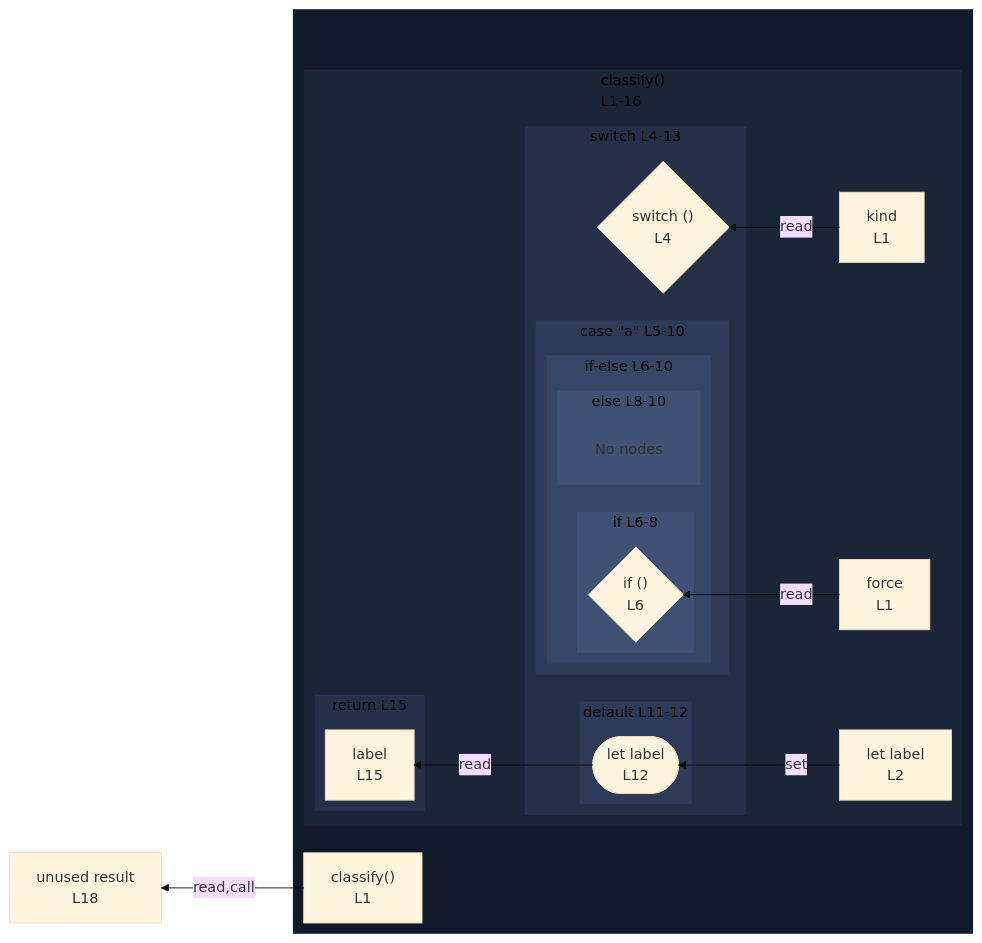
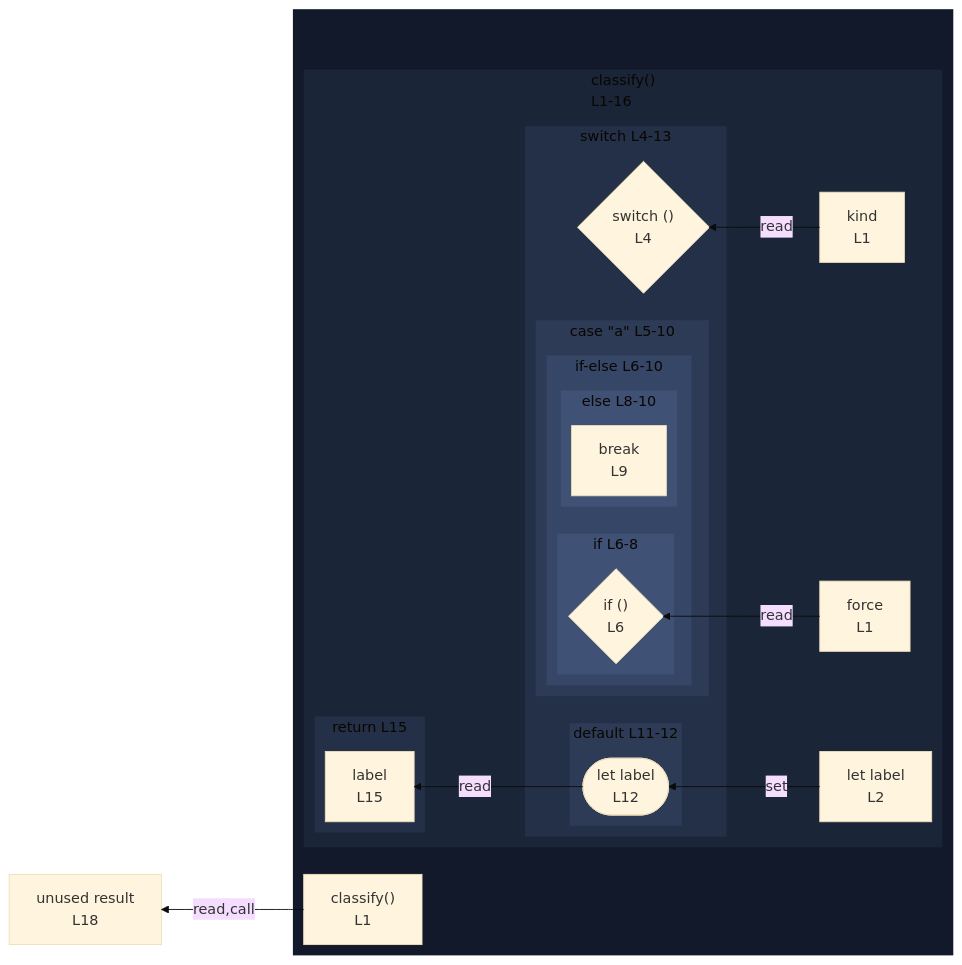
Before and after one commit to crescware/unsnarl: the diagram in integration/fixtures/switch-statement/case-mixed-if-branches/preview.md, drawn with Mermaid (base theme). The commit also changed 352 other files, not shown here.

````diff
--- a/integration/fixtures/switch-statement/case-mixed-if-branches/preview.md
+++ b/integration/fixtures/switch-statement/case-mixed-if-branches/preview.md
@@ -28,63 +28,61 @@
 ```mermaid
 %%{init: {"flowchart": {"defaultRenderer": "elk"}}}%%
 flowchart RL
   n_scope_0_result_255["unused result<br/>L18"]
   subgraph wrap_s_scope_1[" "]
     direction TB
     n_scope_0_classify_9["classify()<br/>L1"]
     subgraph s_scope_1["classify()<br/>L1-16"]
       direction RL
       n_scope_1_kind_18["kind<br/>L1"]
       n_scope_1_force_32["force<br/>L1"]
       n_scope_1_label_56["let label<br/>L2"]
       subgraph s_scope_2["switch L4-13"]
         direction RL
         switch_discriminant_scope_1_71{"switch ()<br/>L4"}
         subgraph s_scope_3["case &quot;a&quot; L5-10"]
           direction RL
           subgraph cont_if_scope_3_107["if-else L6-10"]
             direction RL
             subgraph s_scope_4["if L6-8"]
               direction RL
               if_test_scope_3_107{"if ()<br/>L6"}
             end
             subgraph s_scope_5["else L8-10"]
               direction RL
-              elk_empty_s_scope_5["No nodes"]
+              bc_break_174["break<br/>L9"]
             end
           end
         end
         subgraph s_scope_6["default L11-12"]
           direction RL
           wr_ref_3(["let label<br/>L12"])
         end
       end
       subgraph s_return_scope_0_classify_9_232_245["return L15"]
         direction RL
         ret_use_ref_4["label<br/>L15"]
       end
     end
   end
   n_scope_1_label_56 -->|set| wr_ref_3
   n_scope_1_kind_18 -->|read| switch_discriminant_scope_1_71
   n_scope_1_force_32 -->|read| if_test_scope_3_107
   wr_ref_3 -->|read| ret_use_ref_4
   n_scope_0_classify_9 -->|read,call| n_scope_0_result_255
   classDef nestL1 fill:#11192a,stroke:transparent;
   class wrap_s_scope_1 nestL1;
   classDef nestL2 fill:#1a2538,stroke:transparent;
   class s_scope_1 nestL2;
   classDef nestL3 fill:#243047,stroke:transparent;
   class s_scope_2 nestL3;
   class s_return_scope_0_classify_9_232_245 nestL3;
   classDef nestL4 fill:#2d3b57,stroke:transparent;
   class s_scope_3 nestL4;
   class s_scope_6 nestL4;
   classDef nestL5 fill:#364666,stroke:transparent;
   class cont_if_scope_3_107 nestL5;
   classDef nestL6 fill:#3f5175,stroke:transparent;
   class s_scope_4 nestL6;
   class s_scope_5 nestL6;
-  classDef elkEmptyPlaceholder fill:transparent,stroke:transparent;
-  class elk_empty_s_scope_5 elkEmptyPlaceholder;
 ```
````
